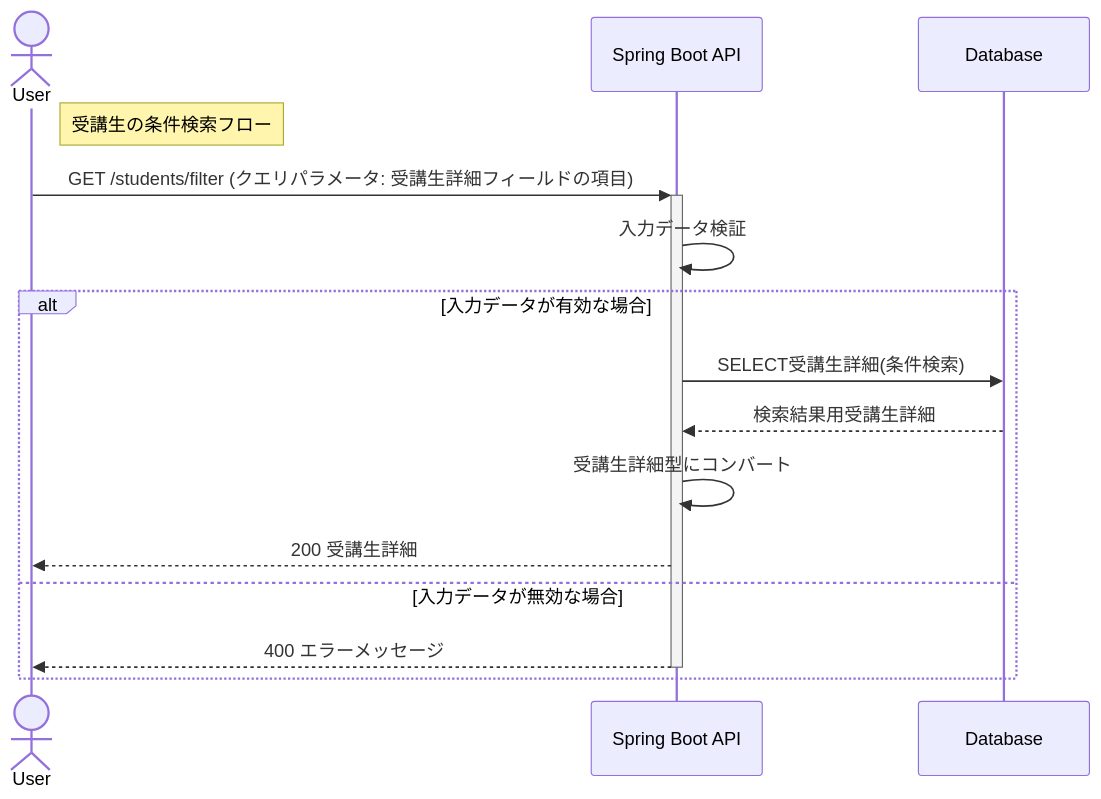
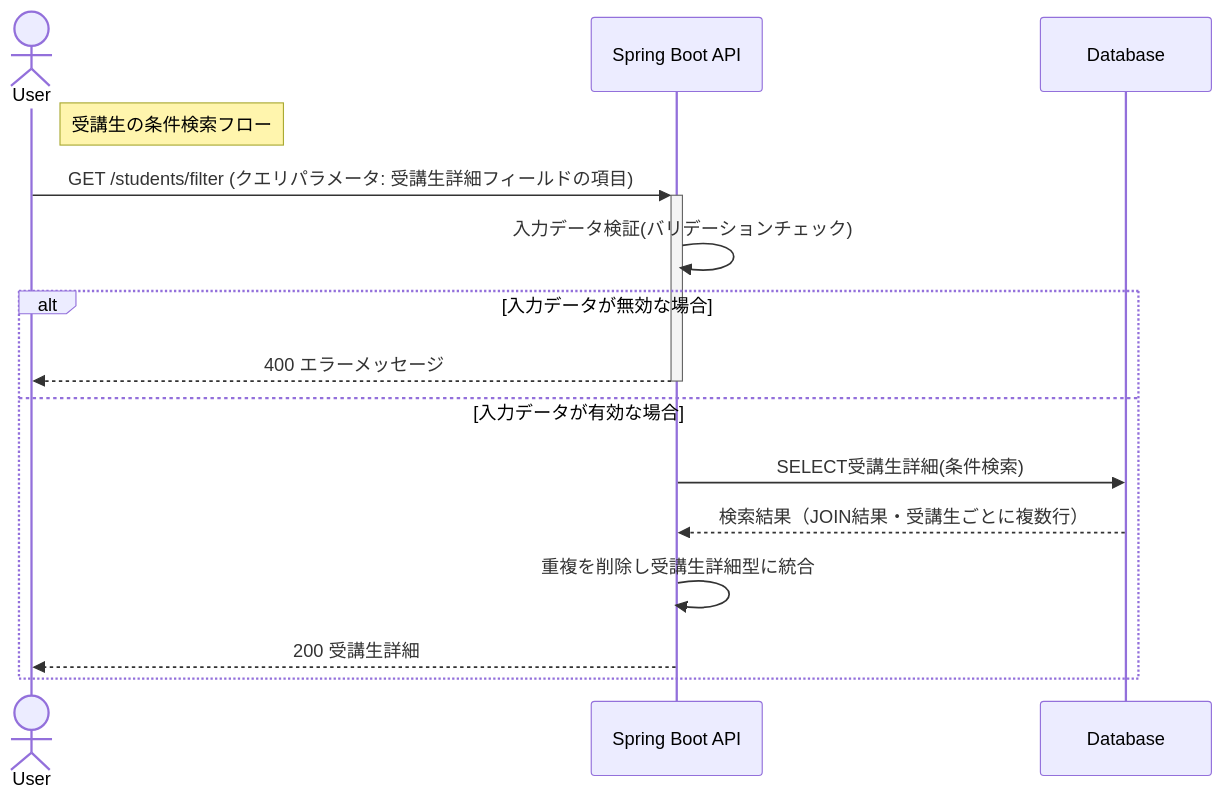
One commit to anmitsu-nagaya/StudentManagement changed the second of 4 diagrams in README.md. Above: the diagram before and after it, drawn with Mermaid. The commit also changed other lines of this file, not shown here.

````diff
--- a/README.md
+++ b/README.md
@@ -135,17 +165,17 @@
 ```mermaid
 sequenceDiagram
     actor User
     participant API as Spring Boot API
     participant DB as Database
     Note right of User: 受講生の条件検索フロー
     User ->>+ API: GET /students/filter (クエリパラメータ: 受講生詳細フィールドの項目)
-    API ->> API: 入力データ検証
-    alt 入力データが有効な場合
+    API ->> API: 入力データ検証(バリデーションチェック)
+    alt 入力データが無効な場合
+        API -->>- User: 400 エラーメッセージ
+    else 入力データが有効な場合
         API ->> DB: SELECT受講生詳細(条件検索)
-        DB -->> API: 検索結果用受講生詳細
-        API ->> API: 受講生詳細型にコンバート
+        DB -->> API: 検索結果（JOIN結果・受講生ごとに複数行）
+        API ->> API: 重複を削除し受講生詳細型に統合
         API -->> User: 200 受講生詳細
-    else 入力データが無効な場合
-        API -->>- User: 400 エラーメッセージ
     end
 ```
````
